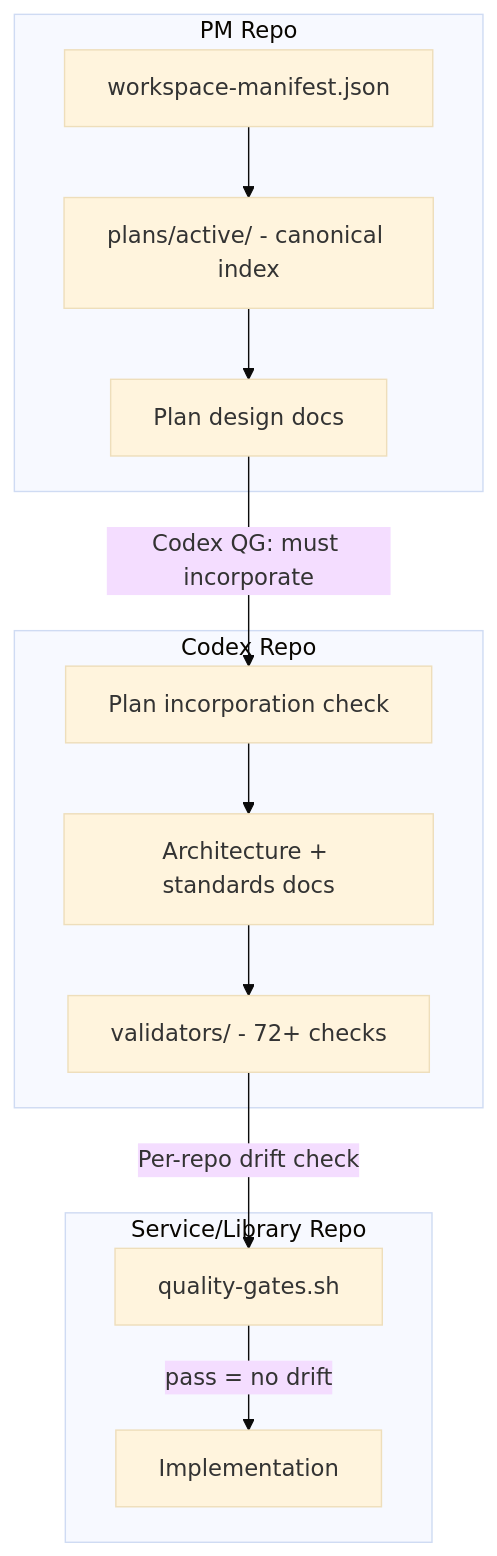
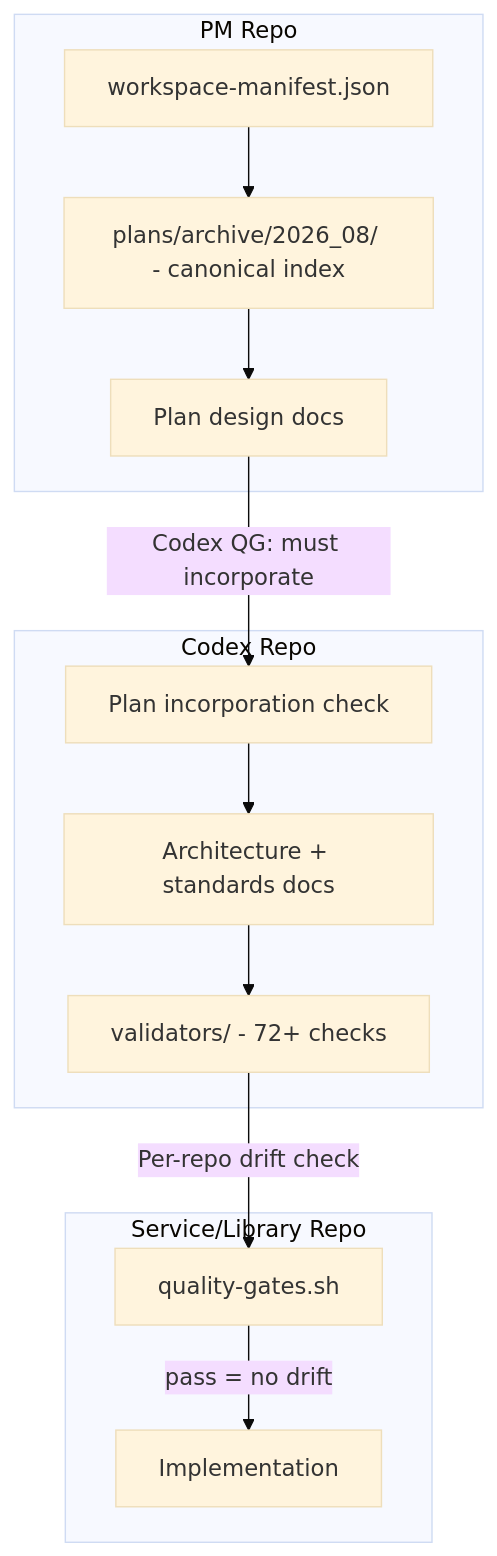
The second of 2 diagrams in plans/archive/pm_codex_drift_zero_architecture_2d72151d.plan.md (IggyIkenna/unified-trading-pm), drawn with Mermaid (base theme) before and after one commit. The commit also changed other lines of this file and 1046 other files, not shown here.

````diff
--- a/plans/archive/pm_codex_drift_zero_architecture_2d72151d.plan.md
+++ b/plans/archive/pm_codex_drift_zero_architecture_2d72151d.plan.md
@@ -228,27 +269,27 @@
 ```mermaid
 flowchart TB
     subgraph pm [PM Repo]
         Manifest[workspace-manifest.json]
-        ActivePlans[plans/active/ - canonical index]
+        ActivePlans[plans/archive/2026_08/ - canonical index]
         PlanDocs[Plan design docs]
     end
 
     subgraph codex [Codex Repo]
         CodexDocs[Architecture + standards docs]
         Validators[validators/ - 72+ checks]
         PlanIncorporation[Plan incorporation check]
     end
 
     subgraph service [Service/Library Repo]
         Impl[Implementation]
         QG[quality-gates.sh]
     end
 
     Manifest --> ActivePlans
     ActivePlans --> PlanDocs
     PlanDocs -->|"Codex QG: must incorporate"| PlanIncorporation
     PlanIncorporation --> CodexDocs
     CodexDocs --> Validators
     Validators -->|"Per-repo drift check"| QG
     QG -->|"pass = no drift"| Impl
 ```
````
